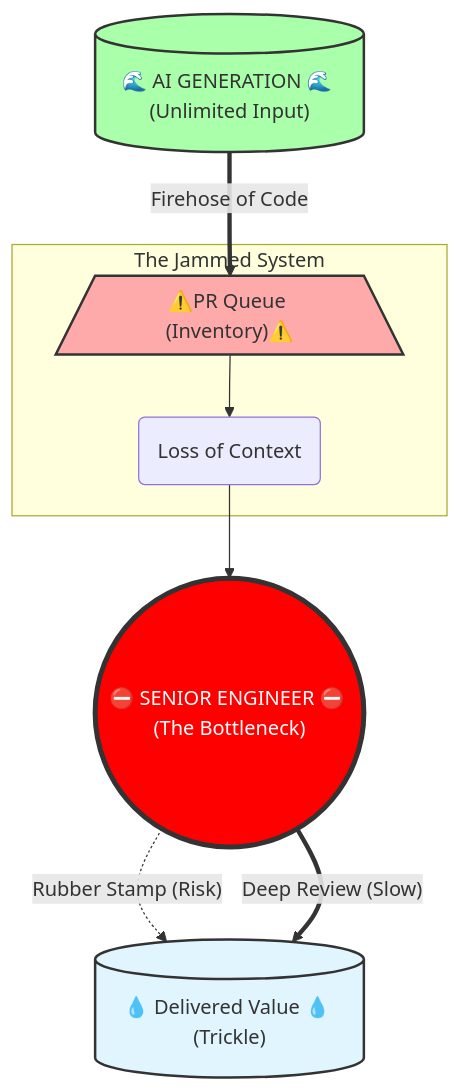
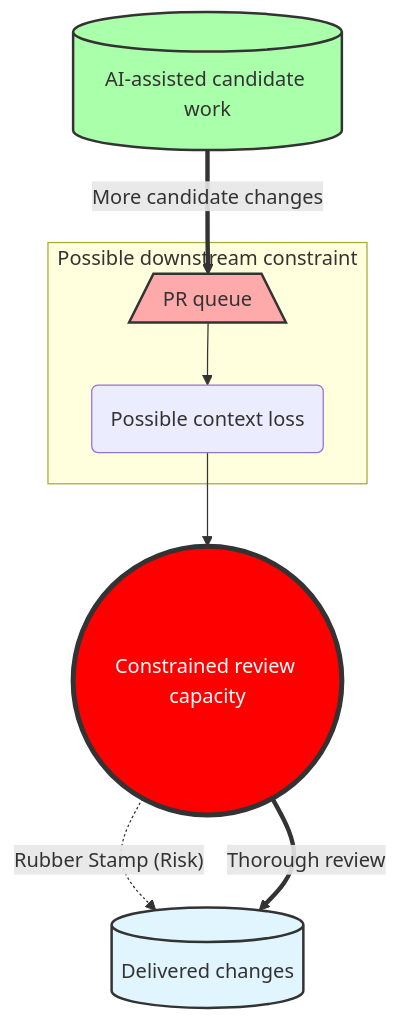
The diagram in report/01_the_illusion.md (UncertaintyArchitectureGroup/The-Subprime-Code-Crisis), drawn with Mermaid before and after one commit. The commit also changed other lines of this file and 6 other files, not shown here.

````diff
--- a/report/01_the_illusion.md
+++ b/report/01_the_illusion.md
@@ -433,28 +430,28 @@
 ```mermaid
 flowchart TD
     %% Nodes
-    AI[("🌊 AI GENERATION 🌊 (Unlimited Input)")]
+    AI[("AI-assisted candidate work")]
     
-    subgraph Sdlc ["The Jammed System"]
-        Queue[/"⚠️PR Queue (Inventory)⚠️"\]
-        Context("Loss of Context")
+    subgraph Sdlc ["Possible downstream constraint"]
+        Queue[/"PR queue"\]
+        Context("Possible context loss")
     end
 
-    Bottleneck(("⛔ SENIOR ENGINEER ⛔ (The Bottleneck)"))
+    Bottleneck(("Constrained review capacity"))
     
-    Output[("💧 Delivered Value 💧 (Trickle)")]
+    Output[("Delivered changes")]
 
     %% Connections
-    AI == "Firehose of Code" ==> Queue
+    AI == "More candidate changes" ==> Queue
     Queue --> Context
     Context --> Bottleneck
     
     Bottleneck -.->|"Rubber Stamp (Risk)"| Output
-    Bottleneck == "Deep Review (Slow)" ==> Output
+    Bottleneck == "Thorough review" ==> Output
 
     %% Styles
     style AI fill:#aaffaa,stroke:#333,stroke-width:2px
     style Queue fill:#ffaaaa,stroke:#333,stroke-width:2px
     style Bottleneck fill:#ff0000,color:white,stroke:#333,stroke-width:4px
     style Output fill:#e1f5fe,stroke:#333,stroke-width:2px
 ```
````
